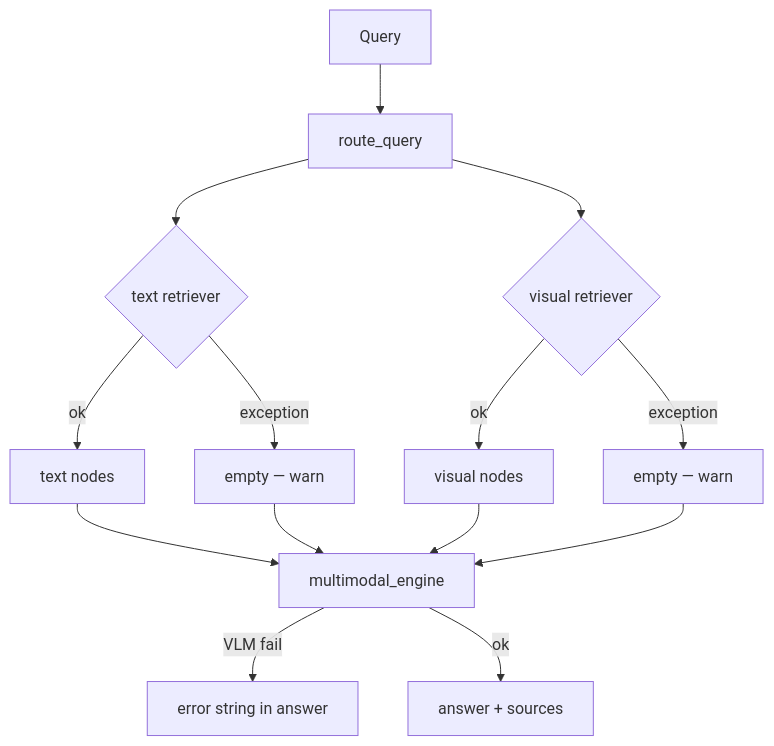
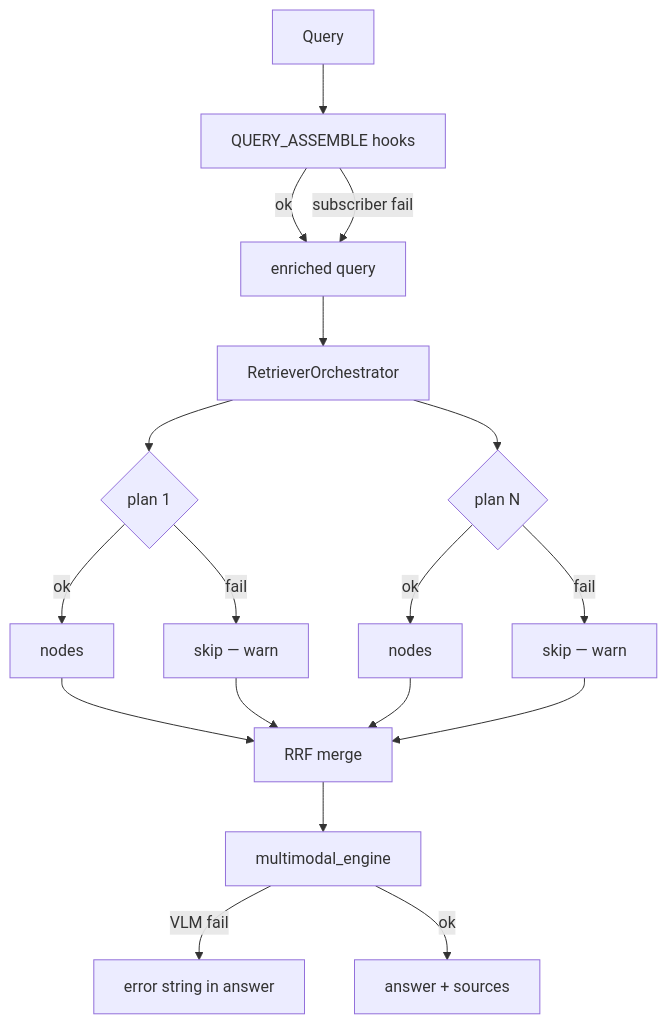
Before and after one commit to zhiweio/EagleRAG: the third of 3 diagrams in docs/en/architecture/system-design.md, drawn with Mermaid. The commit also changed other lines of this file and 249 other files, not shown here.

````diff
--- a/docs/en/architecture/system-design.md
+++ b/docs/en/architecture/system-design.md
@@ -306,13 +360,17 @@
 ```mermaid
 flowchart TD
-    Q[Query] --> R[route_query]
-    R --> T{text retriever}
-    T -->|ok| TN[text nodes]
-    T -->|exception| TE[empty — warn]
-    R --> V{visual retriever}
-    V -->|ok| VN[visual nodes]
-    V -->|exception| VE[empty — warn]
-    TN & TE & VN & VE --> G[multimodal_engine]
+    Q[Query] --> QA[QUERY_ASSEMBLE hooks]
+    QA -->|ok| RQ[enriched query]
+    QA -->|subscriber fail| RQ
+    RQ --> RO[RetrieverOrchestrator]
+    RO --> P1{plan 1}
+    P1 -->|ok| N1[nodes]
+    P1 -->|fail| SKIP1[skip — warn]
+    RO --> P2{plan N}
+    P2 -->|ok| N2[nodes]
+    P2 -->|fail| SKIP2[skip — warn]
+    N1 & N2 & SKIP1 & SKIP2 --> RRF[RRF merge]
+    RRF --> G[multimodal_engine]
     G -->|VLM fail| ERR[error string in answer]
     G -->|ok| ANS[answer + sources]
 ```
````
